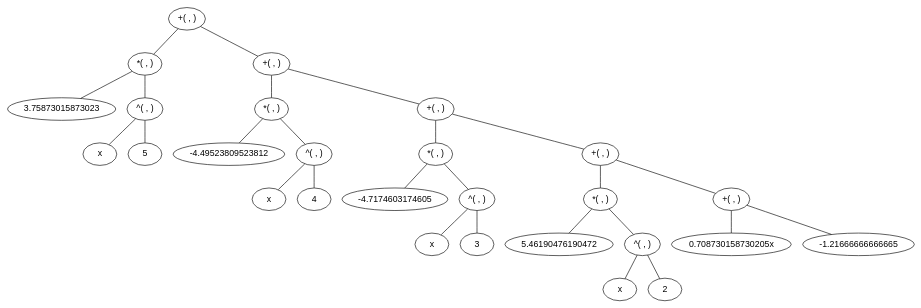
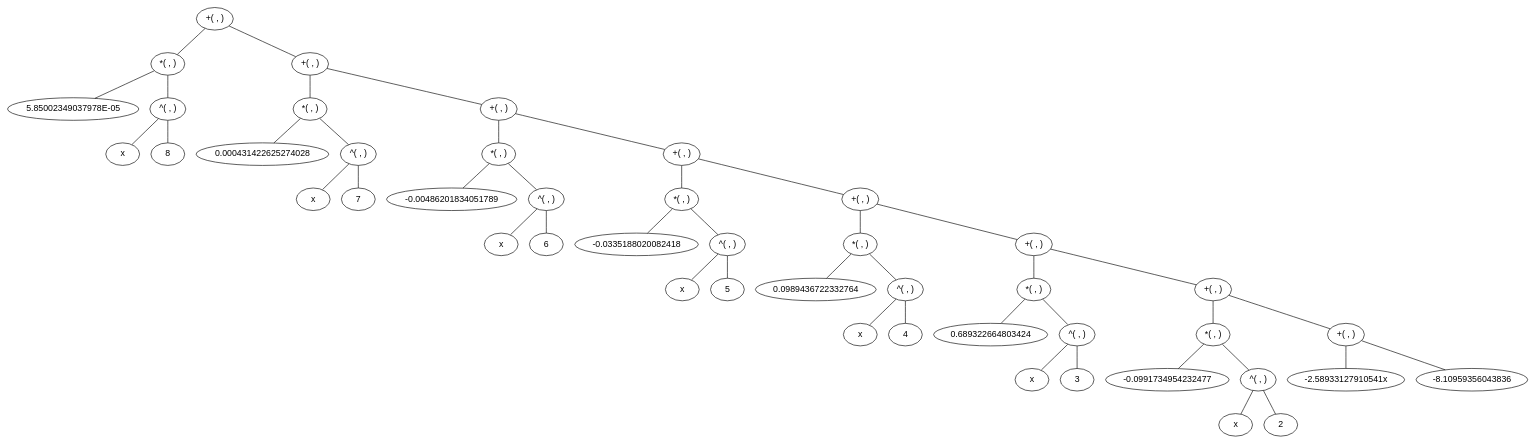
One commit to BasJoosten98/Calculus-app changed the diagram in CalculusApp/bin/Debug/abc.dot. Above: the diagram before and after it, drawn with Graphviz. The commit also changed 12 other files, not shown here.

```diff
--- a/CalculusApp/bin/Debug/abc.dot
+++ b/CalculusApp/bin/Debug/abc.dot
@@ -1,56 +1,92 @@
 graph calculus {
 node [ fontname = "Arial" ]
-node111 [ label = "+( , )" ]
-node111 -- node113
-node111 -- node117
-node113 [ label = "*( , )" ]
-node113 -- node114
-node113 -- node112
-node114 [ label = "3.75873015873023" ]
-node112 [ label = "^( , )" ]
-node112 -- node115
-node112 -- node116
-node115 [ label = "x" ]
-node116 [ label = "5" ]
-node117 [ label = "+( , )" ]
-node117 -- node119
-node117 -- node123
-node119 [ label = "*( , )" ]
-node119 -- node120
-node119 -- node118
-node120 [ label = "-4.49523809523812" ]
-node118 [ label = "^( , )" ]
-node118 -- node121
-node118 -- node122
-node121 [ label = "x" ]
-node122 [ label = "4" ]
-node123 [ label = "+( , )" ]
-node123 -- node125
-node123 -- node129
-node125 [ label = "*( , )" ]
-node125 -- node126
-node125 -- node124
-node126 [ label = "-4.7174603174605" ]
-node124 [ label = "^( , )" ]
-node124 -- node127
-node124 -- node128
-node127 [ label = "x" ]
-node128 [ label = "3" ]
-node129 [ label = "+( , )" ]
-node129 -- node131
-node129 -- node135
-node131 [ label = "*( , )" ]
-node131 -- node132
-node131 -- node130
-node132 [ label = "5.46190476190472" ]
-node130 [ label = "^( , )" ]
-node130 -- node133
-node130 -- node134
-node133 [ label = "x" ]
-node134 [ label = "2" ]
-node135 [ label = "+( , )" ]
-node135 -- node146
-node135 -- node148
-node146 [ label = "0.708730158730205x" ]
-node148 [ label = "-1.21666666666665" ]
+node437 [ label = "+( , )" ]
+node437 -- node439
+node437 -- node443
+node439 [ label = "*( , )" ]
+node439 -- node440
+node439 -- node438
+node440 [ label = "5.85002349037978E-05" ]
+node438 [ label = "^( , )" ]
+node438 -- node441
+node438 -- node442
+node441 [ label = "x" ]
+node442 [ label = "8" ]
+node443 [ label = "+( , )" ]
+node443 -- node445
+node443 -- node449
+node445 [ label = "*( , )" ]
+node445 -- node446
+node445 -- node444
+node446 [ label = "0.000431422625274028" ]
+node444 [ label = "^( , )" ]
+node444 -- node447
+node444 -- node448
+node447 [ label = "x" ]
+node448 [ label = "7" ]
+node449 [ label = "+( , )" ]
+node449 -- node451
+node449 -- node455
+node451 [ label = "*( , )" ]
+node451 -- node452
+node451 -- node450
+node452 [ label = "-0.00486201834051789" ]
+node450 [ label = "^( , )" ]
+node450 -- node453
+node450 -- node454
+node453 [ label = "x" ]
+node454 [ label = "6" ]
+node455 [ label = "+( , )" ]
+node455 -- node457
+node455 -- node461
+node457 [ label = "*( , )" ]
+node457 -- node458
+node457 -- node456
+node458 [ label = "-0.0335188020082418" ]
+node456 [ label = "^( , )" ]
+node456 -- node459
+node456 -- node460
+node459 [ label = "x" ]
+node460 [ label = "5" ]
+node461 [ label = "+( , )" ]
+node461 -- node463
+node461 -- node467
+node463 [ label = "*( , )" ]
+node463 -- node464
+node463 -- node462
+node464 [ label = "0.0989436722332764" ]
+node462 [ label = "^( , )" ]
+node462 -- node465
+node462 -- node466
+node465 [ label = "x" ]
+node466 [ label = "4" ]
+node467 [ label = "+( , )" ]
+node467 -- node469
+node467 -- node473
+node469 [ label = "*( , )" ]
+node469 -- node470
+node469 -- node468
+node470 [ label = "0.689322664803424" ]
+node468 [ label = "^( , )" ]
+node468 -- node471
+node468 -- node472
+node471 [ label = "x" ]
+node472 [ label = "3" ]
+node473 [ label = "+( , )" ]
+node473 -- node475
+node473 -- node479
+node475 [ label = "*( , )" ]
+node475 -- node476
+node475 -- node474
+node476 [ label = "-0.0991734954232477" ]
+node474 [ label = "^( , )" ]
+node474 -- node477
+node474 -- node478
+node477 [ label = "x" ]
+node478 [ label = "2" ]
+node479 [ label = "+( , )" ]
+node479 -- node490
+node479 -- node492
+node490 [ label = "-2.58933127910541x" ]
+node492 [ label = "-8.10959356043836" ]
 }
```
